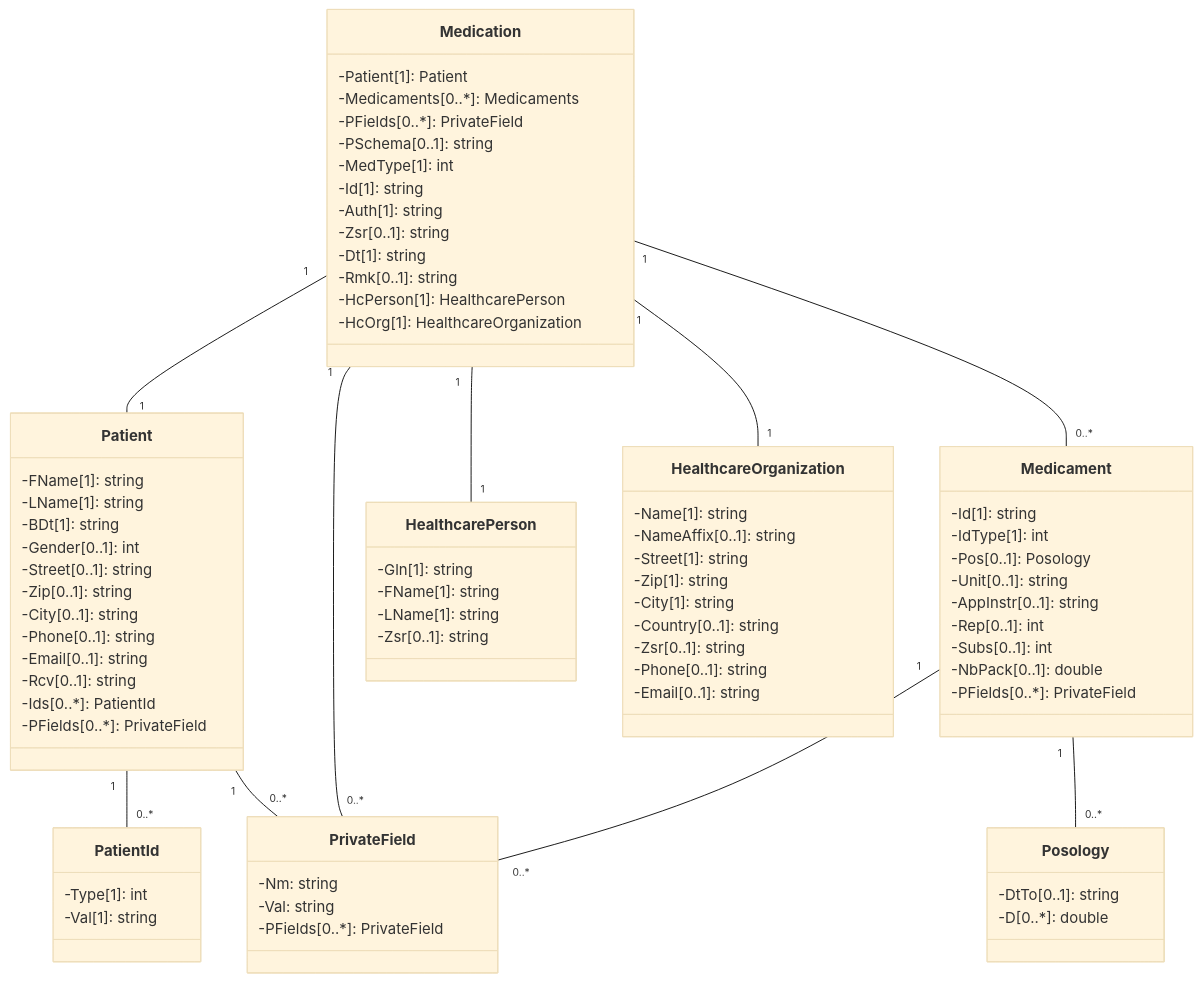
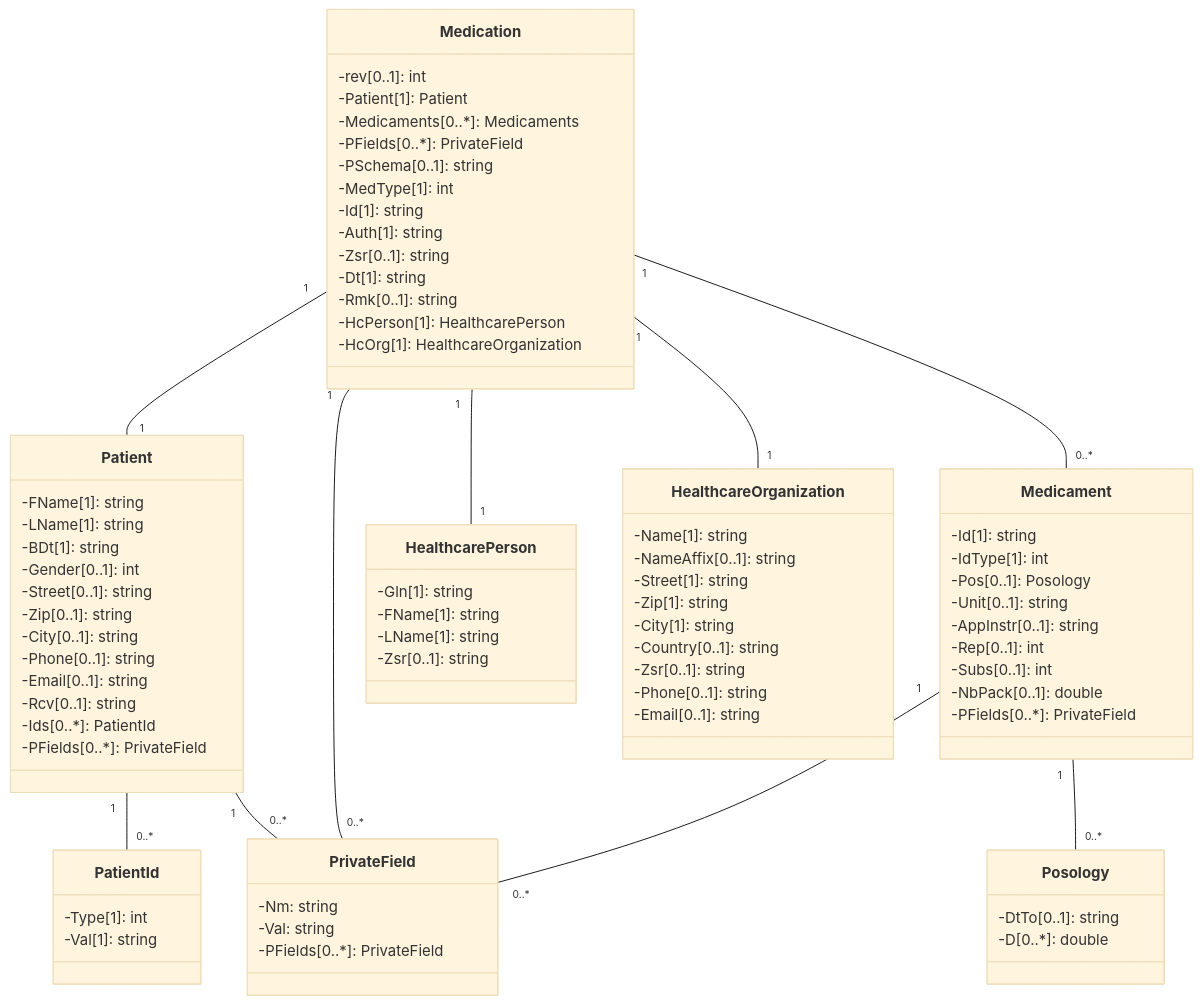
One commit to ig-emediplan/specification changed the diagram in chmed16r/README.md. Above: the diagram before and after it, drawn with Mermaid (base theme). The commit also changed other lines of this file, not shown here.

```diff
--- a/chmed16r/README.md
+++ b/chmed16r/README.md
@@ -91,6 +123,7 @@
     }
 
     class Medication {
+        -rev[0..1]: int
         -Patient[1]: Patient
         -Medicaments[0..*]: Medicaments
         -PFields[0..*]: PrivateField
```
